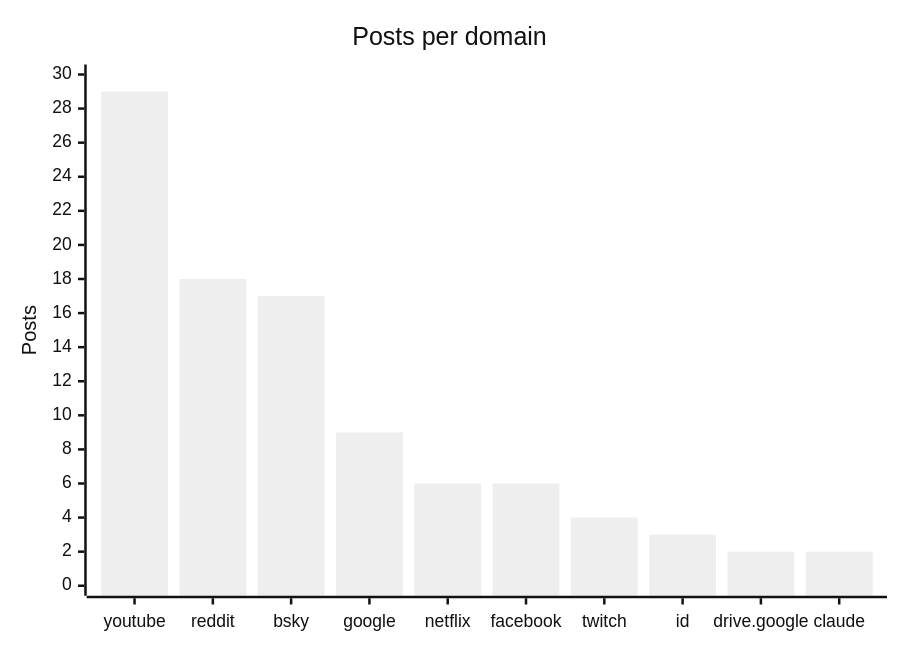
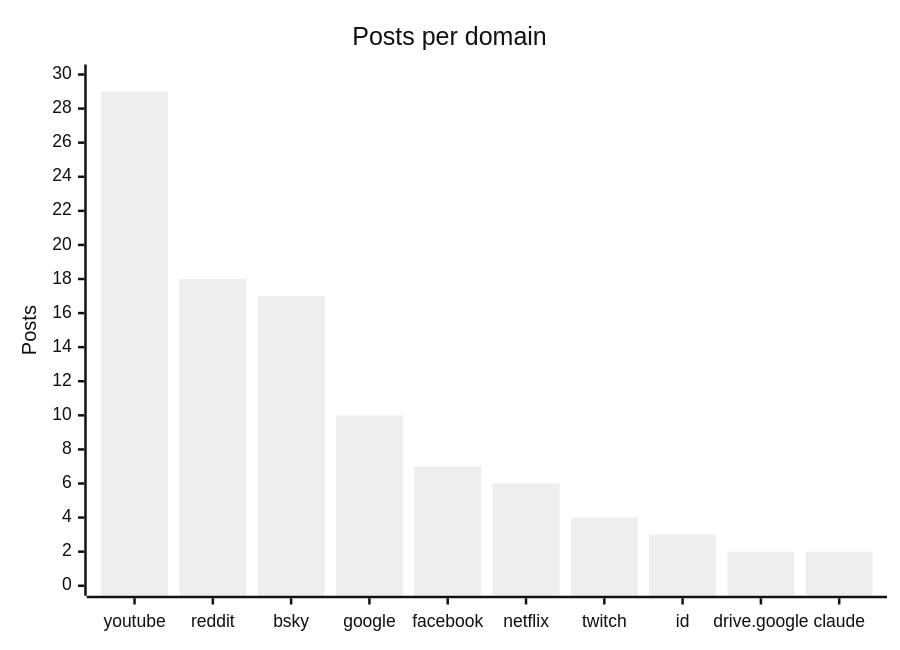
Before and after one commit to martinbalfanz/social-scanner-reports: the fourth of 4 diagrams in README.md, drawn with Mermaid (neutral theme). The commit also changed other lines of this file and 4 other files, not shown here.

````diff
--- a/README.md
+++ b/README.md
@@ -58,7 +58,7 @@
 ```mermaid
 xychart-beta
     title "Posts per domain"
-    x-axis ["youtube", "reddit", "bsky", "google", "netflix", "facebook", "twitch", "id", "drive.google", "claude"]
+    x-axis ["youtube", "reddit", "bsky", "google", "facebook", "netflix", "twitch", "id", "drive.google", "claude"]
     y-axis "Posts" 0 --> 30
-    bar [29, 18, 17, 9, 6, 6, 4, 3, 2, 2]
+    bar [29, 18, 17, 10, 7, 6, 4, 3, 2, 2]
 ```
````
